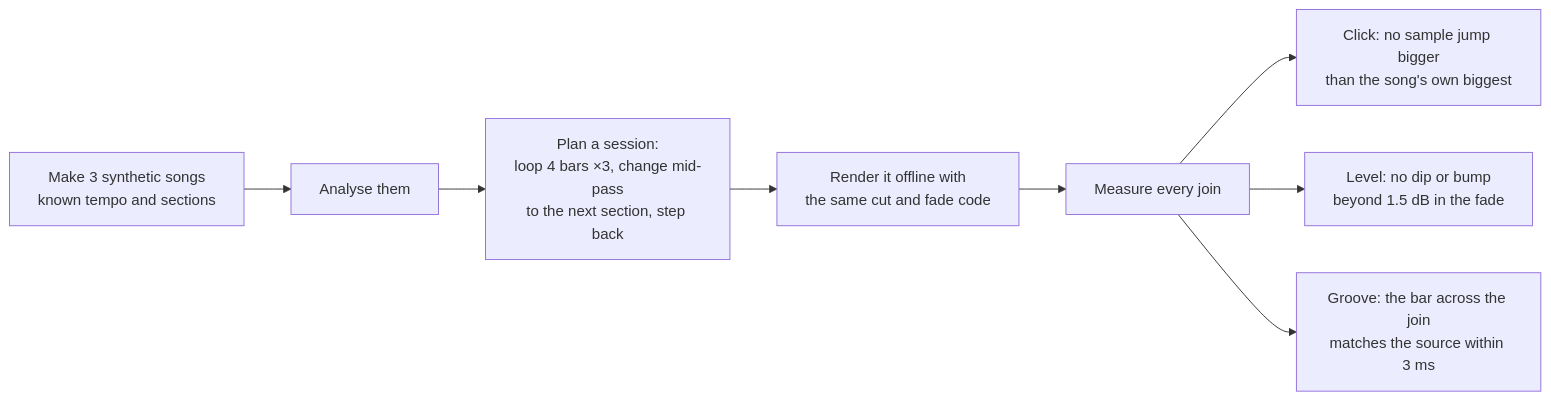
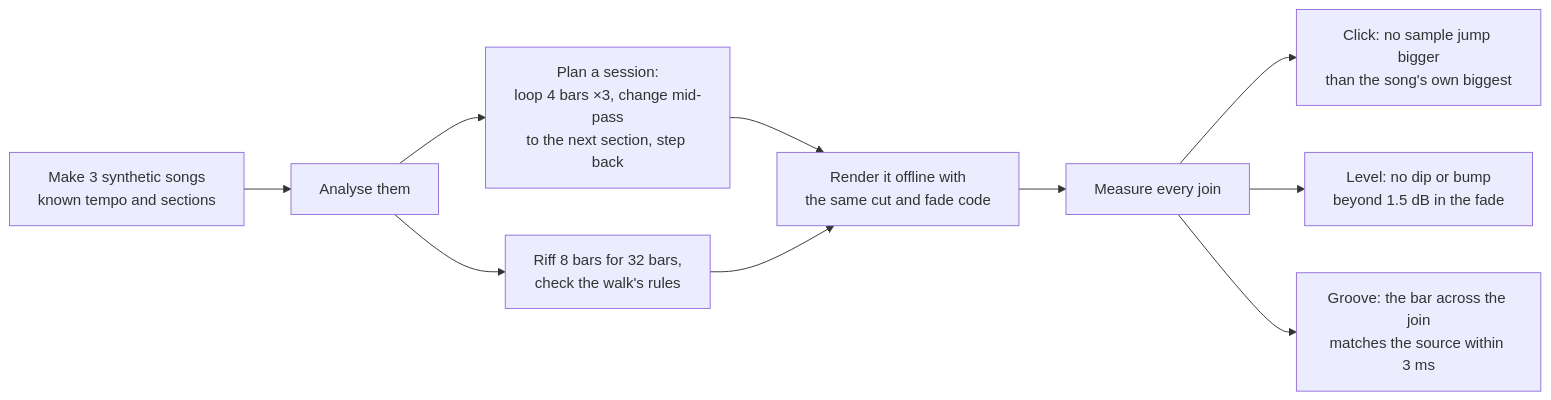
Before and after one commit to FrunkQ/vamper: the eighth of 9 diagrams in docs/TECHNOLOGY.md, drawn with Mermaid. The commit also changed other lines of this file and 14 other files, not shown here.

First line of the commit message:
Riff mode: a cue can vamp on its bars instead of looping them

````diff
--- a/docs/TECHNOLOGY.md
+++ b/docs/TECHNOLOGY.md
@@ -225,10 +249,11 @@
 ```mermaid
 flowchart LR
     G[Make 3 synthetic songs<br/>known tempo and sections] --> A[Analyse them]
     A --> P[Plan a session:<br/>loop 4 bars ×3, change mid-pass<br/>to the next section, step back]
     P --> R[Render it offline with<br/>the same cut and fade code]
+    A --> G2[Riff 8 bars for 32 bars,<br/>check the walk's rules] --> R
     R --> M[Measure every join]
     M --> C1[Click: no sample jump bigger<br/>than the song's own biggest]
     M --> C2[Level: no dip or bump<br/>beyond 1.5 dB in the fade]
     M --> C3[Groove: the bar across the join<br/>matches the source within 3 ms]
 ```
````
